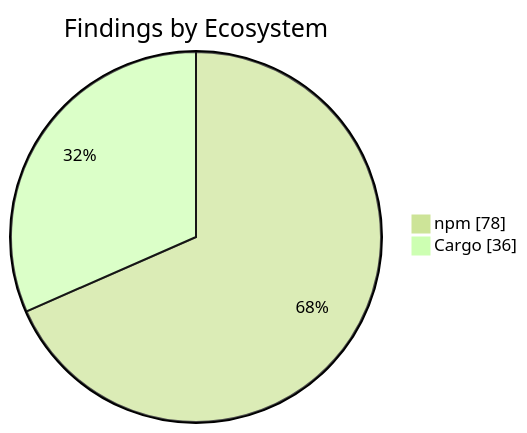
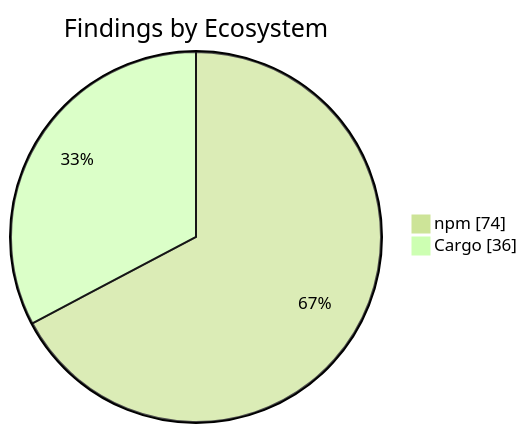
One commit to KBVE/kbve changed the second of 2 diagrams in apps/kbve/astro-kbve/src/content/docs/dashboard/security.mdx. Above: the diagram before and after it, drawn with Mermaid (forest theme). The commit also changed other lines of this file and 7 other files, not shown here.

````diff
--- a/apps/kbve/astro-kbve/src/content/docs/dashboard/security.mdx
+++ b/apps/kbve/astro-kbve/src/content/docs/dashboard/security.mdx
@@ -73,6 +73,6 @@
 ```mermaid
 pie showData
     title Findings by Ecosystem
-    "npm" : 78
+    "npm" : 74
     "Cargo" : 36
 ```
````
